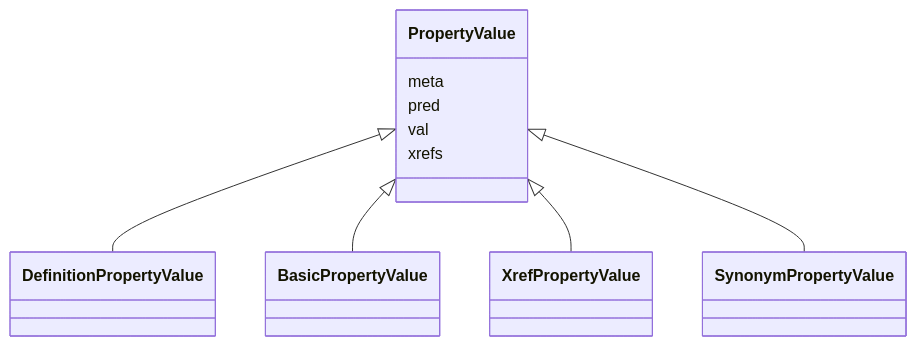
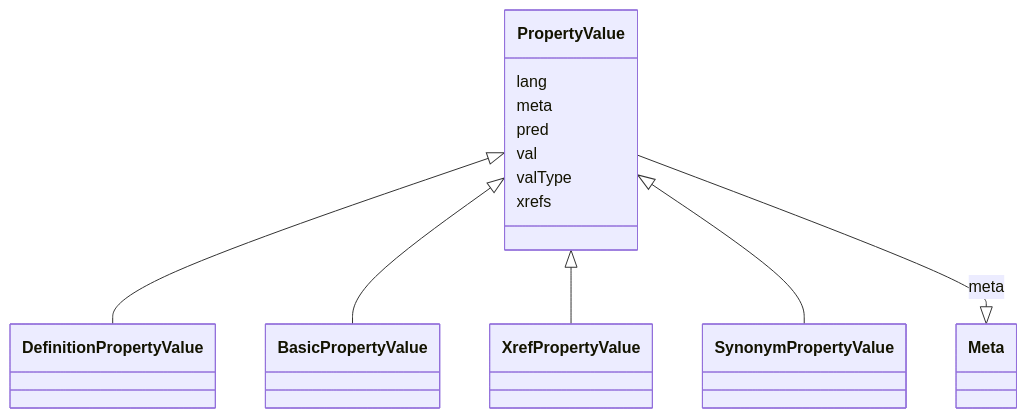
One commit to cthoyt/ontology-access-kit changed the diagram in obograph/PropertyValue.md. Above: the diagram before and after it, drawn with Mermaid. The commit also changed other lines of this file and 3287 other files, not shown here.

````diff
--- a/obograph/PropertyValue.md
+++ b/obograph/PropertyValue.md
@@ -13,14 +16,24 @@
 ```{mermaid}
  classDiagram
     class PropertyValue
       PropertyValue <|-- DefinitionPropertyValue
       PropertyValue <|-- BasicPropertyValue
       PropertyValue <|-- XrefPropertyValue
       PropertyValue <|-- SynonymPropertyValue
       
+      PropertyValue : lang
+        
       PropertyValue : meta
+        
+          PropertyValue --|> Meta : meta
+        
       PropertyValue : pred
+        
       PropertyValue : val
+        
+      PropertyValue : valType
+        
       PropertyValue : xrefs
+        
       
 ```
````
